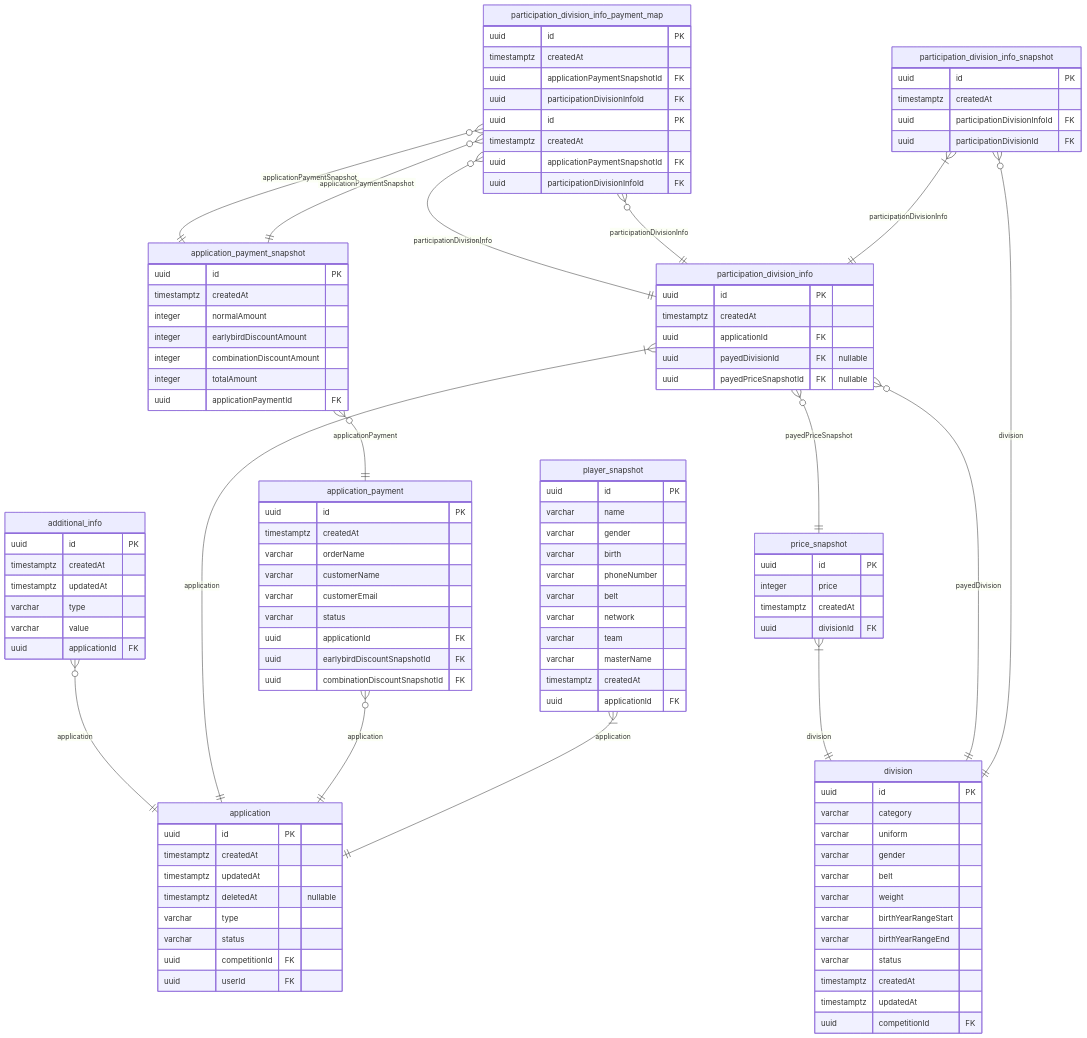
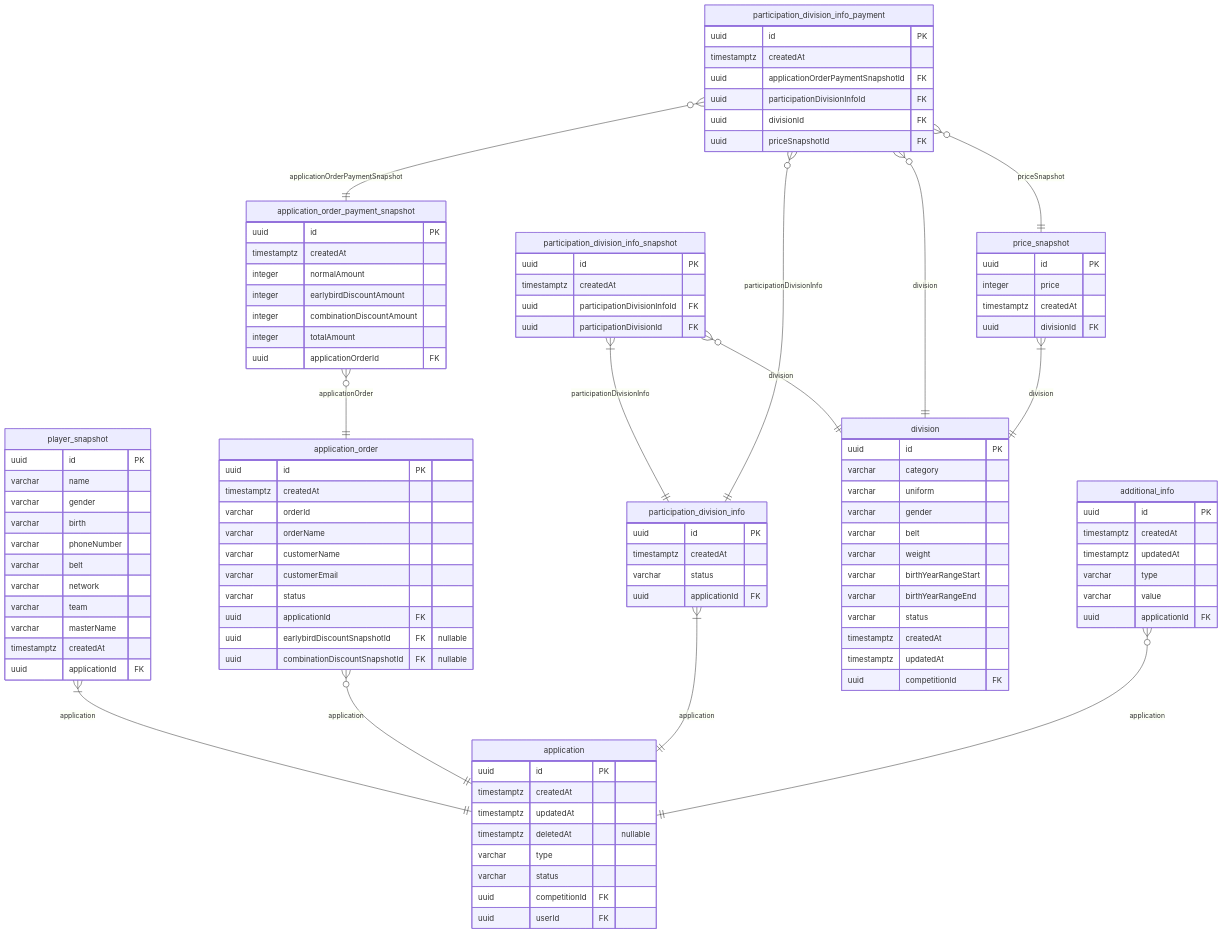
One commit to NAJUHA-JIUJITSU/najuha-v2-be changed the second of 6 diagrams in docs/najiha-v2-erd.md. Above: the diagram before and after it, drawn with Mermaid. The commit also changed other lines of this file and 53 other files, not shown here.

Commit message:
NJH-429 feat: applicationOrder

````diff
--- a/docs/najiha-v2-erd.md
+++ b/docs/najiha-v2-erd.md
@@ -157,44 +157,46 @@
     timestamptz createdAt
     uuid applicationId FK
   }
+  application_order {
+    uuid id PK
+    timestamptz createdAt
+    varchar orderId
+    varchar orderName
+    varchar customerName
+    varchar customerEmail
+    varchar status
+    uuid applicationId FK
+    uuid earlybirdDiscountSnapshotId FK "nullable"
+    uuid combinationDiscountSnapshotId FK "nullable"
+  }
+  application_order_payment_snapshot {
+    uuid id PK
+    timestamptz createdAt
+    integer normalAmount
+    integer earlybirdDiscountAmount
+    integer combinationDiscountAmount
+    integer totalAmount
+    uuid applicationOrderId FK
+  }
   participation_division_info_snapshot {
     uuid id PK
     timestamptz createdAt
     uuid participationDivisionInfoId FK
     uuid participationDivisionId FK
   }
-  application_payment {
-    uuid id PK
-    timestamptz createdAt
-    varchar orderName
-    varchar customerName
-    varchar customerEmail
-    varchar status
-    uuid applicationId FK
-    uuid earlybirdDiscountSnapshotId FK
-    uuid combinationDiscountSnapshotId FK
-  }
-  application_payment_snapshot {
-    uuid id PK
-    timestamptz createdAt
-    integer normalAmount
-    integer earlybirdDiscountAmount
-    integer combinationDiscountAmount
-    integer totalAmount
-    uuid applicationPaymentId FK
-  }
-  participation_division_info_payment_map {
-    uuid id PK
-    timestamptz createdAt
-    uuid applicationPaymentSnapshotId FK
-    uuid participationDivisionInfoId FK
-  }
   participation_division_info {
     uuid id PK
     timestamptz createdAt
+    varchar status
     uuid applicationId FK
-    uuid payedDivisionId FK "nullable"
-    uuid payedPriceSnapshotId FK "nullable"
+  }
+  participation_division_info_payment {
+    uuid id PK
+    timestamptz createdAt
+    uuid applicationOrderPaymentSnapshotId FK
+    uuid participationDivisionInfoId FK
+    uuid divisionId FK
+    uuid priceSnapshotId FK
   }
   price_snapshot {
     uuid id PK
@@ -234,24 +236,16 @@
     uuid competitionId FK
     uuid userId FK
   }
-  participation_division_info_payment_map {
-    uuid id PK
-    timestamptz createdAt
-    uuid applicationPaymentSnapshotId FK
-    uuid participationDivisionInfoId FK
-  }
   player_snapshot }|--|| application: application
+  application_order }o--|| application: application
+  application_order_payment_snapshot }o--|| application_order: applicationOrder
   participation_division_info_snapshot }|--|| participation_division_info: participationDivisionInfo
   participation_division_info_snapshot }o--|| division: division
-  application_payment }o--|| application: application
-  application_payment_snapshot }o--|| application_payment: applicationPayment
-  participation_division_info_payment_map }o--|| application_payment_snapshot: applicationPaymentSnapshot
-  participation_division_info_payment_map }o--|| participation_division_info: participationDivisionInfo
   participation_division_info }|--|| application: application
-  participation_division_info }o--|| division: payedDivision
-  participation_division_info }o--|| price_snapshot: payedPriceSnapshot
+  participation_division_info_payment }o--|| application_order_payment_snapshot: applicationOrderPaymentSnapshot
+  participation_division_info_payment }o--|| participation_division_info: participationDivisionInfo
+  participation_division_info_payment }o--|| division: division
+  participation_division_info_payment }o--|| price_snapshot: priceSnapshot
   price_snapshot }|--|| division: division
   additional_info }o--|| application: application
-  participation_division_info_payment_map }o--|| application_payment_snapshot: applicationPaymentSnapshot
-  participation_division_info_payment_map }o--|| participation_division_info: participationDivisionInfo
 ```
````
